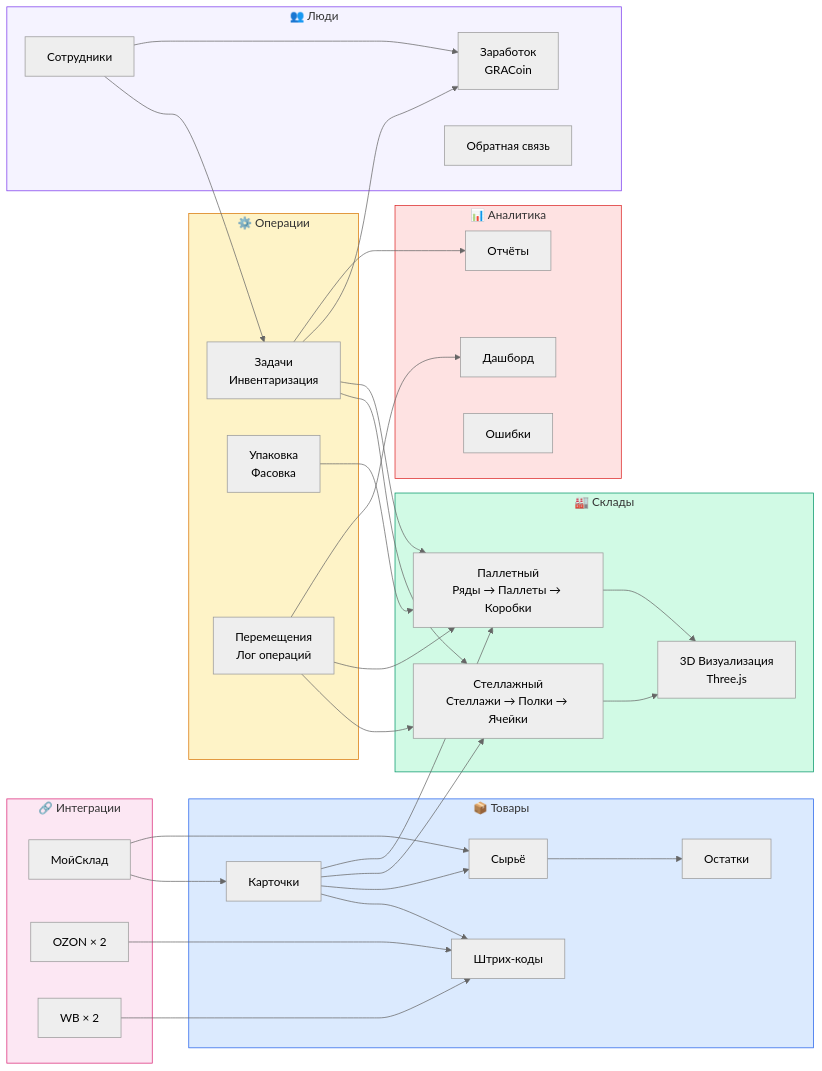
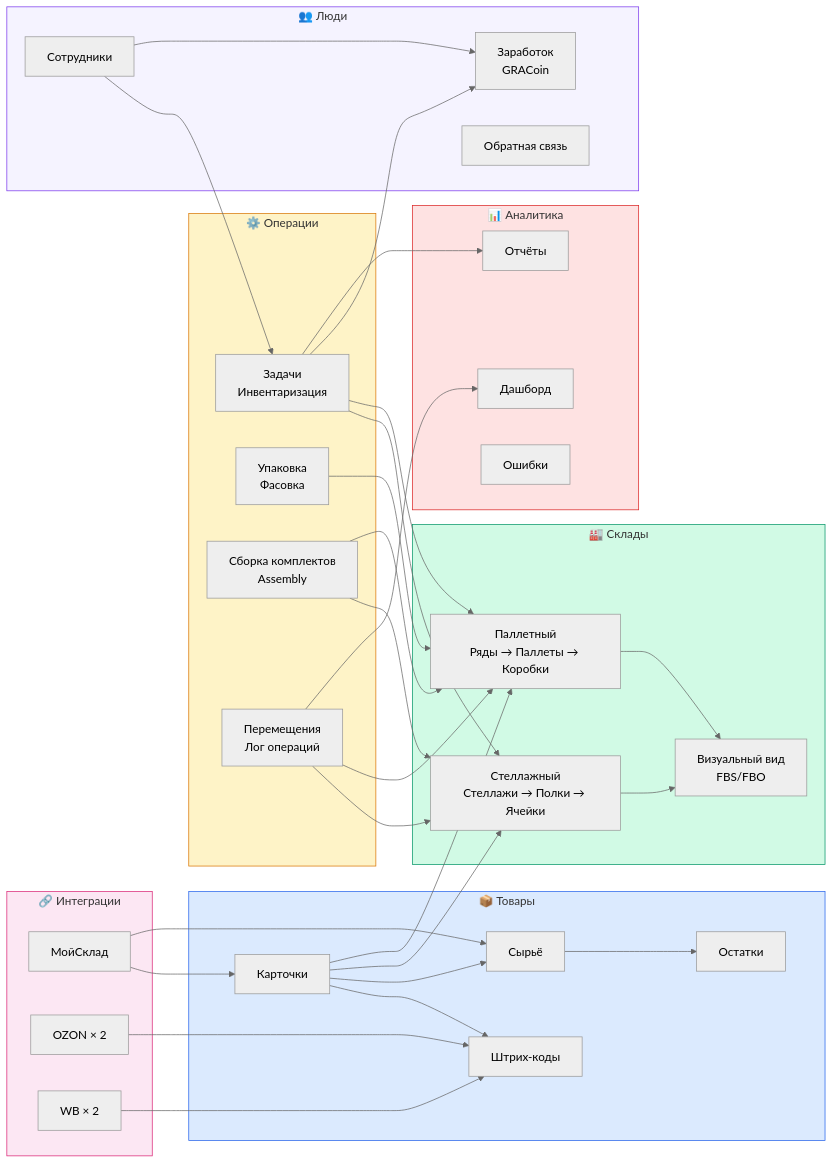
The second of 3 diagrams in docs/Архитектура/Карта системы.md (arra123/Sklad_control), drawn with Mermaid (neutral theme) before and after one commit. The commit also changed other lines of this file and 36 other files, not shown here.

````diff
--- a/docs/Архитектура/Карта системы.md
+++ b/docs/Архитектура/Карта системы.md
@@ -71,68 +71,71 @@
 ```mermaid
 graph LR
     subgraph PRODUCTS["📦 Товары"]
         CARDS["Карточки"]
         STOCK["Остатки"]
         MATERIALS["Сырьё"]
         BARCODES["Штрих-коды"]
     end
 
     subgraph WAREHOUSE["🏭 Склады"]
         FBS["Стеллажный<br/>Стеллажи → Полки → Ячейки"]
         FBO["Паллетный<br/>Ряды → Паллеты → Коробки"]
-        VISUAL["3D Визуализация<br/>Three.js"]
+        VISUAL["Визуальный вид<br/>FBS/FBO"]
     end
 
     subgraph OPERATIONS["⚙️ Операции"]
         TASKS["Задачи<br/>Инвентаризация"]
         PACKING["Упаковка<br/>Фасовка"]
+        ASSEMBLY["Сборка комплектов<br/>Assembly"]
         MOVEMENTS["Перемещения<br/>Лог операций"]
     end
 
     subgraph PEOPLE["👥 Люди"]
         STAFF["Сотрудники"]
         EARNINGS["Заработок<br/>GRACoin"]
         FEEDBACK["Обратная связь"]
     end
 
     subgraph ANALYTICS["📊 Аналитика"]
         REPORTS["Отчёты"]
         DASHBOARD["Дашборд"]
         ERRORS["Ошибки"]
     end
 
     subgraph INTEGRATIONS["🔗 Интеграции"]
         MOYSKLAD["МойСклад"]
         OZON_INT["OZON × 2"]
         WB_INT["WB × 2"]
     end
 
     CARDS --> BARCODES
     CARDS --> MATERIALS
     MATERIALS --> STOCK
     CARDS --> FBS
     CARDS --> FBO
     FBS --> VISUAL
     FBO --> VISUAL
     TASKS --> FBS
     TASKS --> FBO
     TASKS --> EARNINGS
     PACKING --> FBO
+    ASSEMBLY --> FBS
+    ASSEMBLY --> FBO
     MOVEMENTS --> FBS
     MOVEMENTS --> FBO
     STAFF --> TASKS
     STAFF --> EARNINGS
     MOYSKLAD --> CARDS
     MOYSKLAD --> MATERIALS
     OZON_INT --> BARCODES
     WB_INT --> BARCODES
     TASKS --> REPORTS
     MOVEMENTS --> DASHBOARD
 
     style PRODUCTS fill:#dbeafe,stroke:#2563eb
     style WAREHOUSE fill:#d1fae5,stroke:#059669
     style OPERATIONS fill:#fef3c7,stroke:#d97706
     style PEOPLE fill:#f5f3ff,stroke:#7c3aed
     style ANALYTICS fill:#fee2e2,stroke:#dc2626
     style INTEGRATIONS fill:#fce7f3,stroke:#db2777
 ```
````
